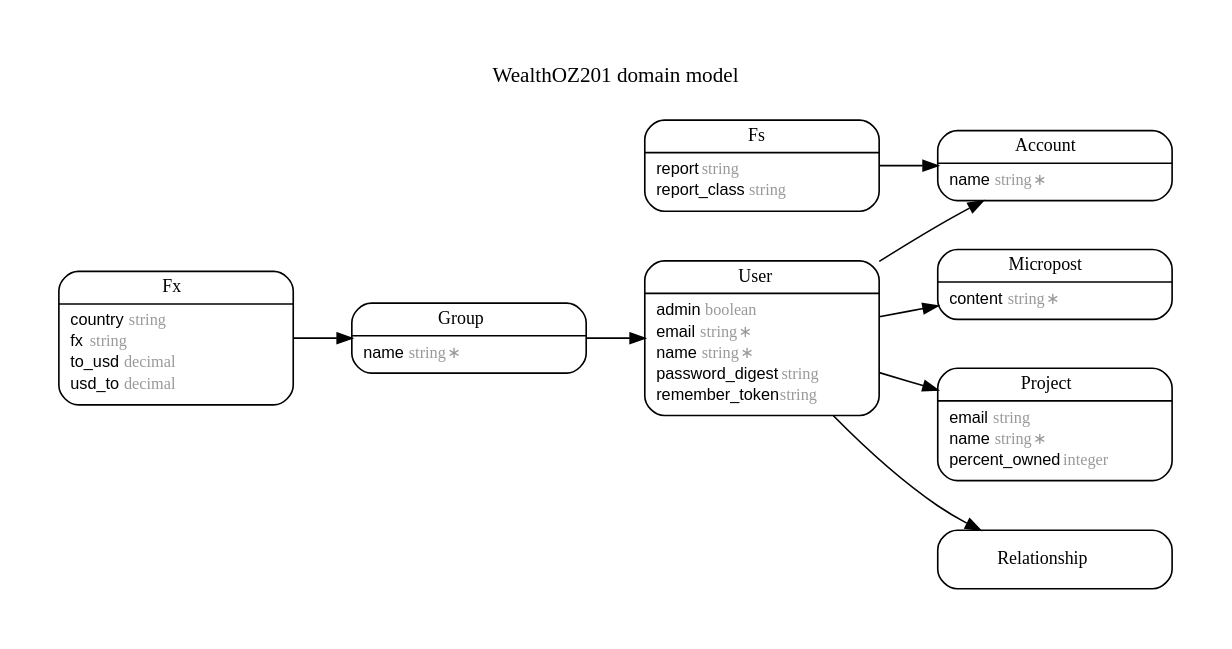
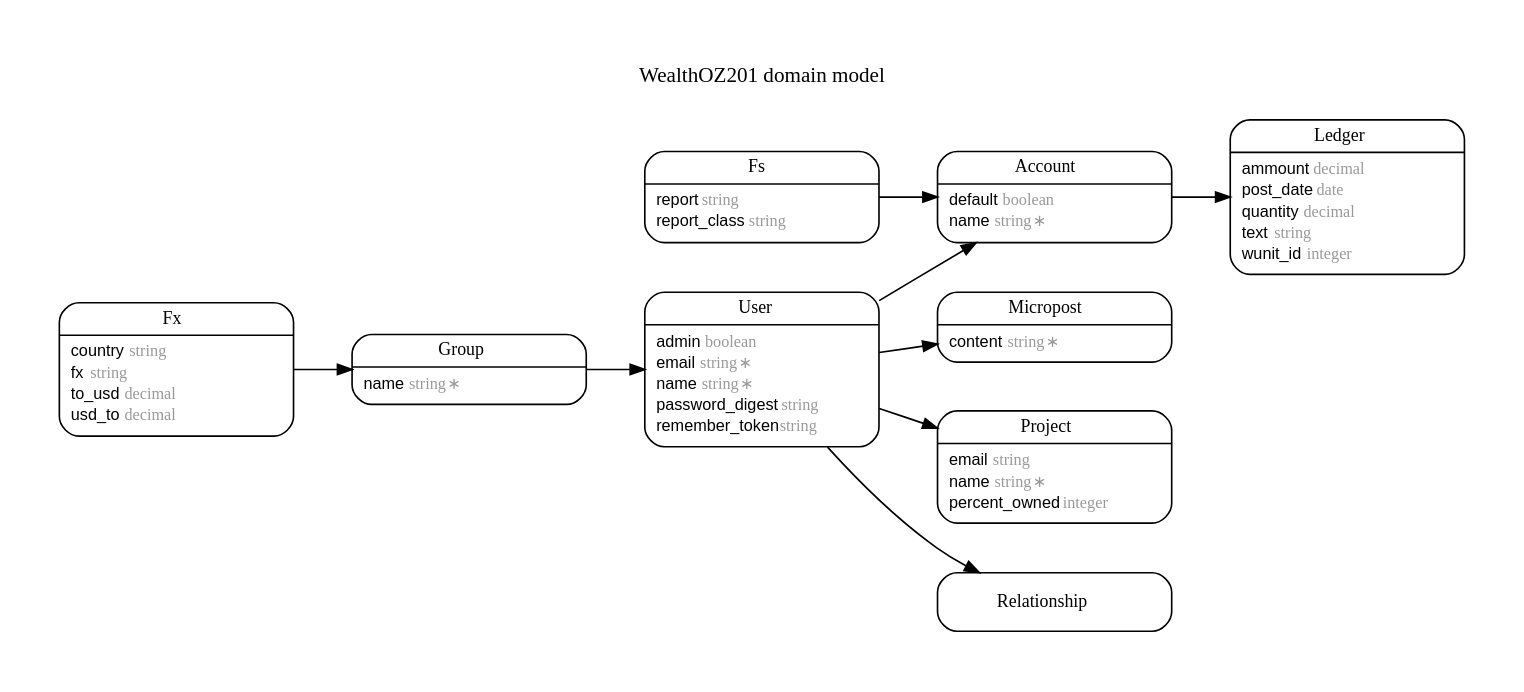
Before and after one commit to wealthoz/wealthoz.com: the diagram in erd.dot, drawn with Graphviz. The commit also changed 28 other files, not shown here.

```diff
--- a/erd.dot
+++ b/erd.dot
@@ -1,92 +1,106 @@
 digraph WealthOZ201 {
 rankdir = "LR";
 ranksep = "0.5";
 nodesep = "0.4";
 pad = "0.4,0.4";
 margin = "0,0";
 concentrate = "true";
 labelloc = "t";
 fontsize = "13";
 fontname = "Arial Bold";
 node[ shape  =  "Mrecord" , fontsize  =  "10" , fontname  =  "Arial" , margin  =  "0.07,0.05" , penwidth  =  "1.0"];
 edge[ fontname  =  "Arial" , fontsize  =  "7" , dir  =  "both" , arrowsize  =  "0.9" , penwidth  =  "1.0" , labelangle  =  "32" , labeldistance  =  "1.8"];
 label = "WealthOZ201 domain model\n\n";
 m_Account [label = <<table border="0" align="center" cellspacing="0.5" cellpadding="0" width="134">
   <tr><td align="center" valign="bottom" width="130"><font face="Arial Bold" point-size="11">Account</font></td></tr>
 </table>
 |
 <table border="0" align="left" cellspacing="2" cellpadding="0" width="134">
+  <tr><td align="left" width="130" port="default">default <font face="Arial Italic" color="grey60">boolean</font></td></tr>
   <tr><td align="left" width="130" port="name">name <font face="Arial Italic" color="grey60">string ∗</font></td></tr>
 </table>
 >];
 m_Fs [label = <<table border="0" align="center" cellspacing="0.5" cellpadding="0" width="134">
   <tr><td align="center" valign="bottom" width="130"><font face="Arial Bold" point-size="11">Fs</font></td></tr>
 </table>
 |
 <table border="0" align="left" cellspacing="2" cellpadding="0" width="134">
   <tr><td align="left" width="130" port="report">report <font face="Arial Italic" color="grey60">string</font></td></tr>
   <tr><td align="left" width="130" port="report_class">report_class <font face="Arial Italic" color="grey60">string</font></td></tr>
 </table>
 >];
 m_Fx [label = <<table border="0" align="center" cellspacing="0.5" cellpadding="0" width="134">
   <tr><td align="center" valign="bottom" width="130"><font face="Arial Bold" point-size="11">Fx</font></td></tr>
 </table>
 |
 <table border="0" align="left" cellspacing="2" cellpadding="0" width="134">
   <tr><td align="left" width="130" port="country">country <font face="Arial Italic" color="grey60">string</font></td></tr>
   <tr><td align="left" width="130" port="fx">fx <font face="Arial Italic" color="grey60">string</font></td></tr>
   <tr><td align="left" width="130" port="to_usd">to_usd <font face="Arial Italic" color="grey60">decimal</font></td></tr>
   <tr><td align="left" width="130" port="usd_to">usd_to <font face="Arial Italic" color="grey60">decimal</font></td></tr>
 </table>
 >];
 m_Group [label = <<table border="0" align="center" cellspacing="0.5" cellpadding="0" width="134">
   <tr><td align="center" valign="bottom" width="130"><font face="Arial Bold" point-size="11">Group</font></td></tr>
 </table>
 |
 <table border="0" align="left" cellspacing="2" cellpadding="0" width="134">
   <tr><td align="left" width="130" port="name">name <font face="Arial Italic" color="grey60">string ∗</font></td></tr>
+</table>
+>];
+m_Ledger [label = <<table border="0" align="center" cellspacing="0.5" cellpadding="0" width="134">
+  <tr><td align="center" valign="bottom" width="130"><font face="Arial Bold" point-size="11">Ledger</font></td></tr>
+</table>
+|
+<table border="0" align="left" cellspacing="2" cellpadding="0" width="134">
+  <tr><td align="left" width="130" port="ammount">ammount <font face="Arial Italic" color="grey60">decimal</font></td></tr>
+  <tr><td align="left" width="130" port="post_date">post_date <font face="Arial Italic" color="grey60">date</font></td></tr>
+  <tr><td align="left" width="130" port="quantity">quantity <font face="Arial Italic" color="grey60">decimal</font></td></tr>
+  <tr><td align="left" width="130" port="text">text <font face="Arial Italic" color="grey60">string</font></td></tr>
+  <tr><td align="left" width="130" port="wunit_id">wunit_id <font face="Arial Italic" color="grey60">integer</font></td></tr>
 </table>
 >];
 m_Micropost [label = <<table border="0" align="center" cellspacing="0.5" cellpadding="0" width="134">
   <tr><td align="center" valign="bottom" width="130"><font face="Arial Bold" point-size="11">Micropost</font></td></tr>
 </table>
 |
 <table border="0" align="left" cellspacing="2" cellpadding="0" width="134">
   <tr><td align="left" width="130" port="content">content <font face="Arial Italic" color="grey60">string ∗</font></td></tr>
 </table>
 >];
 m_Project [label = <<table border="0" align="center" cellspacing="0.5" cellpadding="0" width="134">
   <tr><td align="center" valign="bottom" width="130"><font face="Arial Bold" point-size="11">Project</font></td></tr>
 </table>
 |
 <table border="0" align="left" cellspacing="2" cellpadding="0" width="134">
   <tr><td align="left" width="130" port="email">email <font face="Arial Italic" color="grey60">string</font></td></tr>
   <tr><td align="left" width="130" port="name">name <font face="Arial Italic" color="grey60">string ∗</font></td></tr>
   <tr><td align="left" width="130" port="percent_owned">percent_owned <font face="Arial Italic" color="grey60">integer</font></td></tr>
 </table>
 >];
 m_Relationship [label = <<table border="0" align="center" cellspacing="0.5" cellpadding="0" width="134">
   <tr><td align="center" valign="bottom" width="130"><font face="Arial Bold" point-size="11">Relationship</font></td></tr>
 </table>
 >];
 m_User [label = <<table border="0" align="center" cellspacing="0.5" cellpadding="0" width="134">
   <tr><td align="center" valign="bottom" width="130"><font face="Arial Bold" point-size="11">User</font></td></tr>
 </table>
 |
 <table border="0" align="left" cellspacing="2" cellpadding="0" width="134">
   <tr><td align="left" width="130" port="admin">admin <font face="Arial Italic" color="grey60">boolean</font></td></tr>
   <tr><td align="left" width="130" port="email">email <font face="Arial Italic" color="grey60">string ∗</font></td></tr>
   <tr><td align="left" width="130" port="name">name <font face="Arial Italic" color="grey60">string ∗</font></td></tr>
   <tr><td align="left" width="130" port="password_digest">password_digest <font face="Arial Italic" color="grey60">string</font></td></tr>
   <tr><td align="left" width="130" port="remember_token">remember_token <font face="Arial Italic" color="grey60">string</font></td></tr>
 </table>
 >];
   m_User -> m_Account [arrowhead = "normal", arrowtail = "none", weight = "2"];
   m_Fs -> m_Account [arrowhead = "normal", arrowtail = "none", weight = "2"];
+  m_Account -> m_Ledger [arrowhead = "normal", arrowtail = "none", weight = "2"];
   m_Fx -> m_Group [arrowhead = "normal", arrowtail = "none", weight = "2"];
   m_Group -> m_User [arrowhead = "normal", arrowtail = "none", weight = "2"];
   m_User -> m_Micropost [arrowhead = "normal", arrowtail = "none", weight = "2"];
   m_User -> m_Project [arrowhead = "normal", arrowtail = "none", weight = "2"];
   m_User -> m_Relationship [arrowhead = "normal", arrowtail = "none", weight = "1"];
   m_User -> m_Relationship [arrowhead = "normal", arrowtail = "none", weight = "1"];
 }
```
